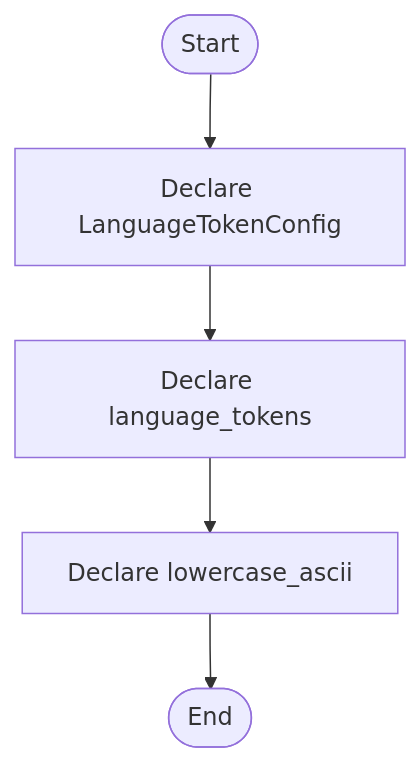
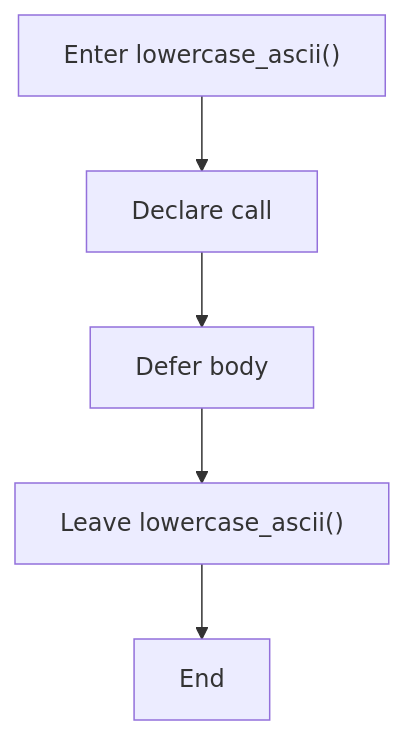
The second of 5 diagrams in docs/Codebase/Microservice/Modules/Header/SyntacticBrokenAST/Language-and-Structure/language_tokens.hpp.md (JohnAndrewBalbarosa/NeoTerritory), drawn with Mermaid before and after one commit. The commit also changed other lines of this file and 752 other files, not shown here.

````diff
--- a/docs/Codebase/Microservice/Modules/Header/SyntacticBrokenAST/Language-and-Structure/language_tokens.hpp.md
+++ b/docs/Codebase/Microservice/Modules/Header/SyntacticBrokenAST/Language-and-Structure/language_tokens.hpp.md
@@ -32,12 +49,12 @@
 ```mermaid
 flowchart TD
-    Start([Start])
-    N0[Declare LanguageTokenConfig]
-    N1[Declare language_tokens]
-    N2[Declare lowercase_ascii]
-    End([End])
-    Start --> N0
+    N0["Enter lowercase_ascii()"]
+    N1["Declare call"]
+    N2["Defer body"]
+    N3["Leave lowercase_ascii()"]
+    N4["End"]
     N0 --> N1
     N1 --> N2
-    N2 --> End
+    N2 --> N3
+    N3 --> N4
 ```
````
